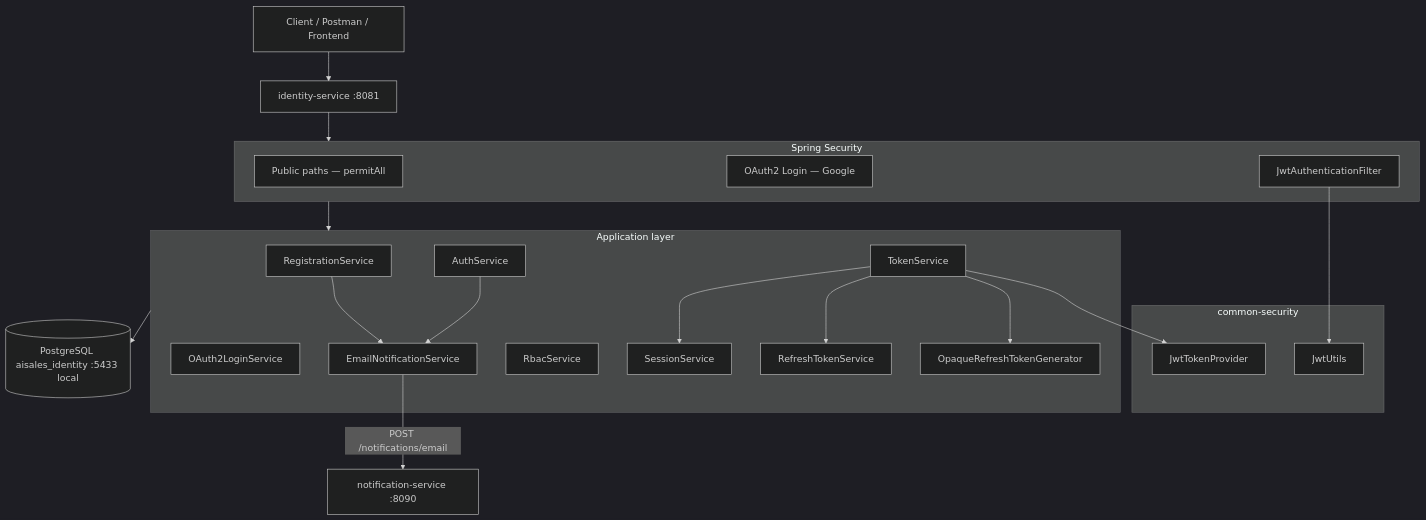
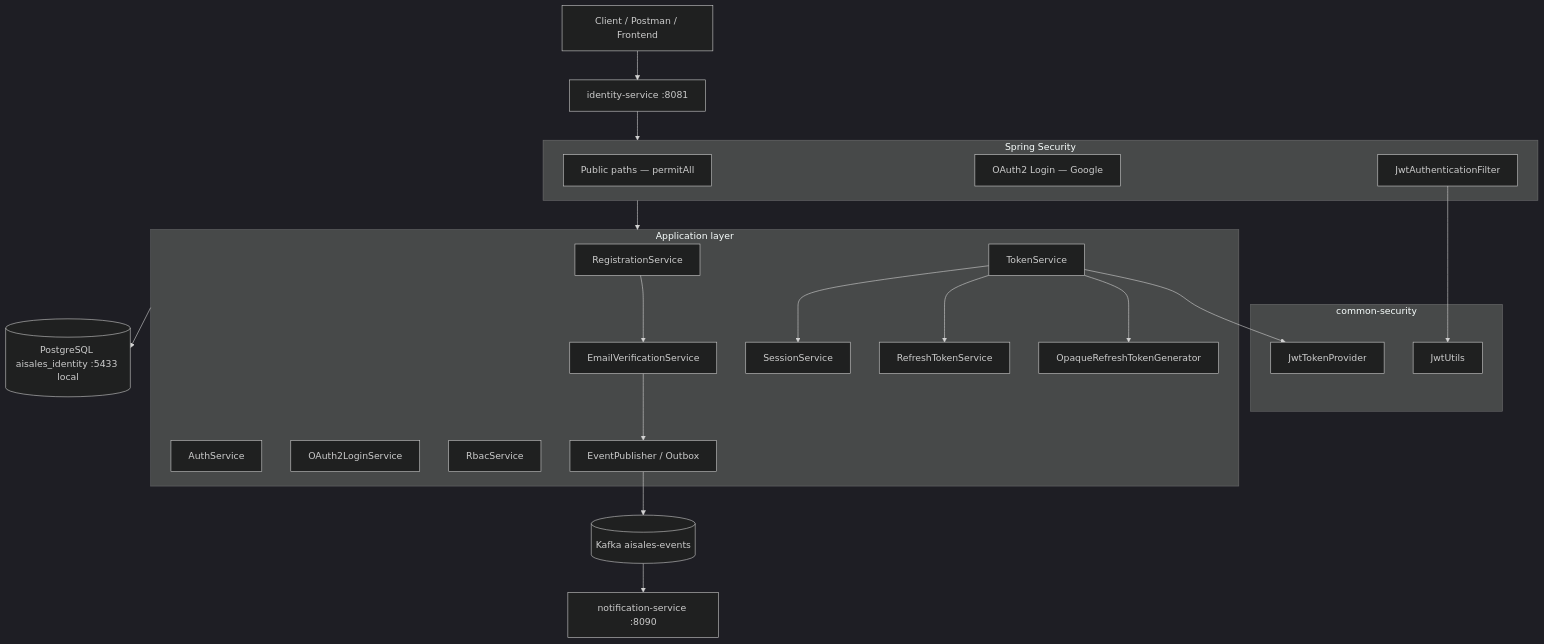
One commit to NAGULMEERA/ai-sales-platform changed the diagram in backend/services/identity-service/docs/AUTHENTICATION.md. Above: the diagram before and after it, drawn with Mermaid (dark theme). The commit also changed other lines of this file and 215 other files, not shown here.

````diff
--- a/backend/services/identity-service/docs/AUTHENTICATION.md
+++ b/backend/services/identity-service/docs/AUTHENTICATION.md
@@ -201,44 +201,47 @@
 ```mermaid
 flowchart TB
     Client[Client / Postman / Frontend]
     Identity[identity-service :8081]
     Notification[notification-service :8090]
 
     subgraph Security["Spring Security"]
         Public[Public paths — permitAll]
         OAuth[OAuth2 Login — Google]
         JWTFilter[JwtAuthenticationFilter]
     end
 
     subgraph App["Application layer"]
         Reg[RegistrationService]
         Auth[AuthService]
         OAuthSvc[OAuth2LoginService]
         Token[TokenService]
-        Email[EmailNotificationService]
+        EmailVerify[EmailVerificationService]
         RBAC[RbacService]
         Refresh[RefreshTokenService]
         Session[SessionService]
         Opaque[OpaqueRefreshTokenGenerator]
+        Events[EventPublisher / Outbox]
     end
 
     subgraph Platform["common-security"]
         Provider[JwtTokenProvider]
         Utils[JwtUtils]
     end
 
     DB[(PostgreSQL aisales_identity :5433 local)]
+    Kafka[(Kafka aisales-events)]
 
     Client --> Identity
     Identity --> Security
     Security --> App
-    Reg --> Email
-    Auth --> Email
-    Email -->|POST /notifications/email| Notification
+    Reg --> EmailVerify
+    EmailVerify --> Events
+    Events --> Kafka
+    Kafka --> Notification
     Token --> Provider
     Token --> Opaque
     Token --> Refresh
     Token --> Session
     JWTFilter --> Utils
     App --> DB
 ```
````
